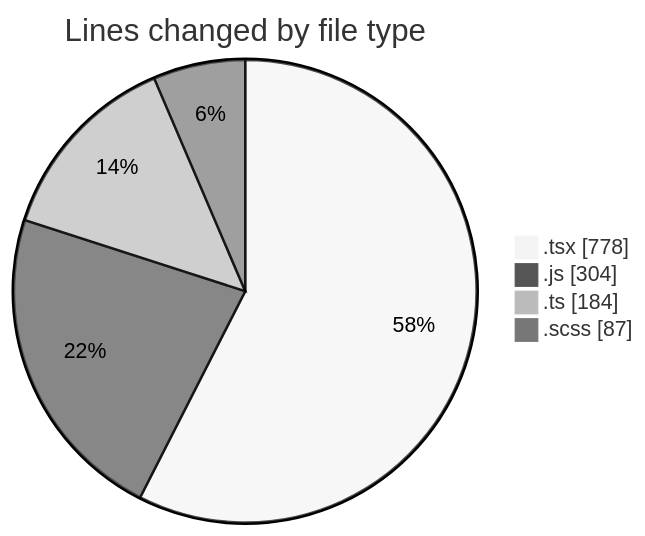
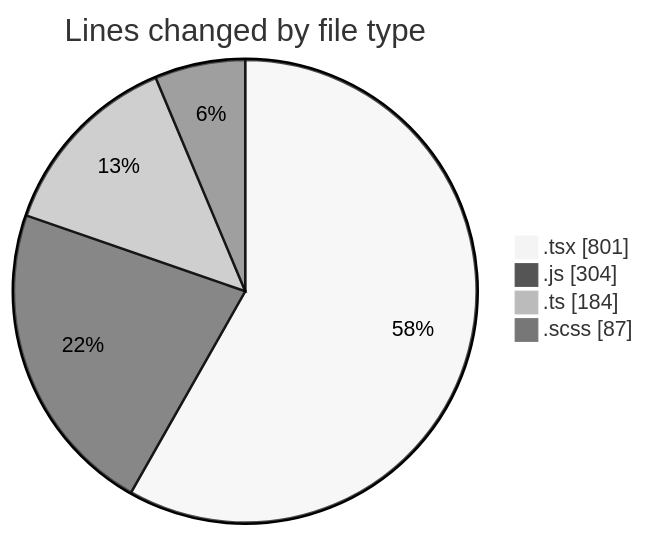
Before and after one commit to momahboobian/code-tracking: the first of 2 diagrams in 2025-02-26/cda/README.md, drawn with Mermaid (neutral theme). The commit also changed other lines of this file and 1 other file, not shown here.

````diff
--- a/2025-02-26/cda/README.md
+++ b/2025-02-26/cda/README.md
@@ -35,8 +35,8 @@
 ```mermaid
 pie showData
 title Lines changed by file type
-".tsx" : 778
+".tsx" : 801
 ".js" : 304
 ".ts" : 184
 ".scss" : 87
 ```
````
